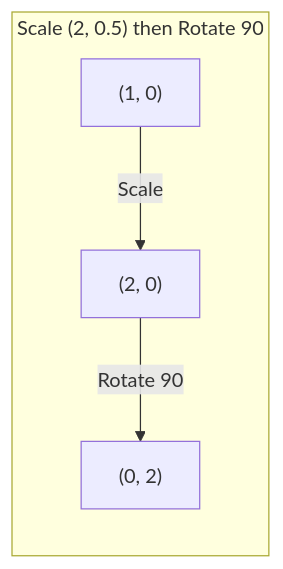
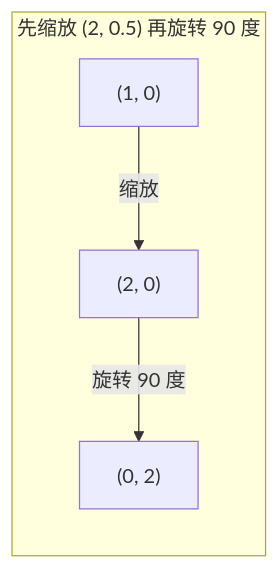
One commit to SmallMX/ai-engineering-from-scratch changed the seventh of 7 diagrams in phases/01-math-foundations/03-matrix-transformations/docs/zh-CN.md. Above: the diagram before and after it, drawn with Mermaid. The commit also changed other lines of this file and 1 other file, not shown here.

````diff
--- a/phases/01-math-foundations/03-matrix-transformations/docs/zh-CN.md
+++ b/phases/01-math-foundations/03-matrix-transformations/docs/zh-CN.md
@@ -150,6 +153,6 @@
 ```mermaid
 graph LR
-    subgraph Path2["Scale (2, 0.5) then Rotate 90"]
-        Q1["(1, 0)"] -->|"Scale"| Q2["(2, 0)"] -->|"Rotate 90"| Q3["(0, 2)"]
+    subgraph Path2["先缩放 (2, 0.5) 再旋转 90 度"]
+        Q1["(1, 0)"] -->|"缩放"| Q2["(2, 0)"] -->|"旋转 90 度"| Q3["(0, 2)"]
     end
 ```
````
